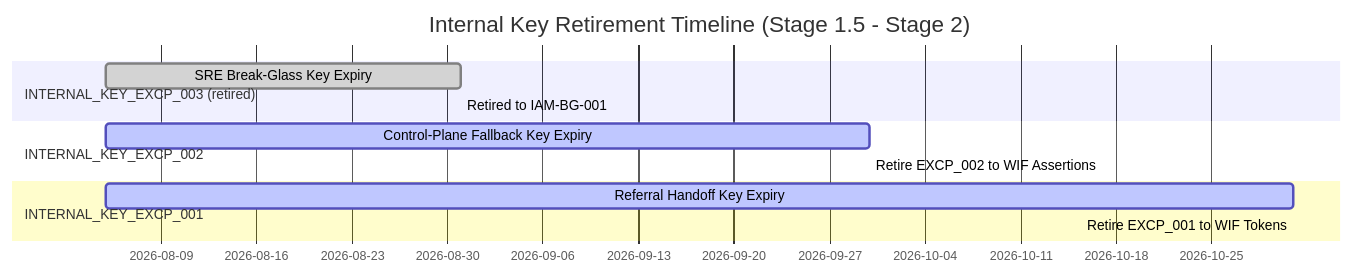
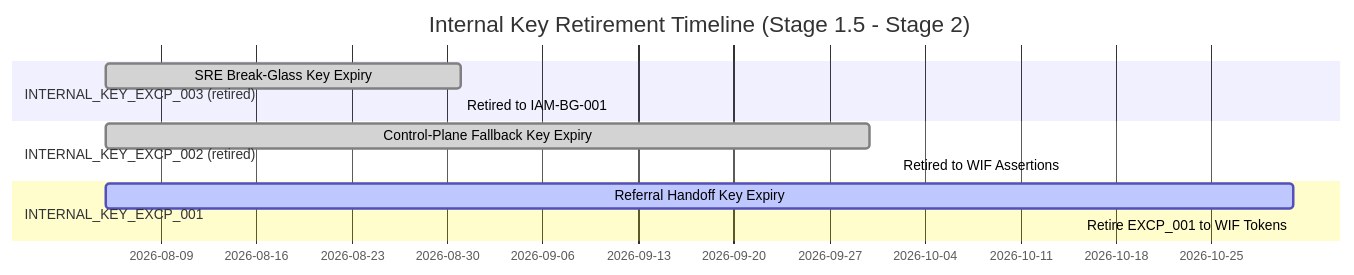
The second of 2 diagrams in docs/02-architecture/internal-key-exceptions.md (ajoe734/drts-fleet-platform), drawn with Mermaid before and after one commit. The commit also changed other lines of this file and 31 other files, not shown here.

````diff
--- a/docs/02-architecture/internal-key-exceptions.md
+++ b/docs/02-architecture/internal-key-exceptions.md
@@ -105,14 +114,14 @@
 ```mermaid
 gantt
     title Internal Key Retirement Timeline (Stage 1.5 - Stage 2)
     dateFormat  YYYY-MM-DD
     section INTERNAL_KEY_EXCP_003 (retired)
     SRE Break-Glass Key Expiry         :done, excp3, 2026-08-05, 2026-08-31
     Retired to IAM-BG-001              :done, 2026-08-31, 2026-08-31
-    section INTERNAL_KEY_EXCP_002
-    Control-Plane Fallback Key Expiry  :active, excp2, 2026-08-05, 2026-09-30
-    Retire EXCP_002 to WIF Assertions  :crit, 2026-09-30, 2026-09-30
+    section INTERNAL_KEY_EXCP_002 (retired)
+    Control-Plane Fallback Key Expiry  :done, excp2, 2026-08-05, 2026-09-30
+    Retired to WIF Assertions          :done, 2026-10-02, 2026-10-02
     section INTERNAL_KEY_EXCP_001
     Referral Handoff Key Expiry        :active, excp1, 2026-08-05, 2026-10-31
     Retire EXCP_001 to WIF Tokens      :crit, 2026-10-31, 2026-10-31
 ```
````
